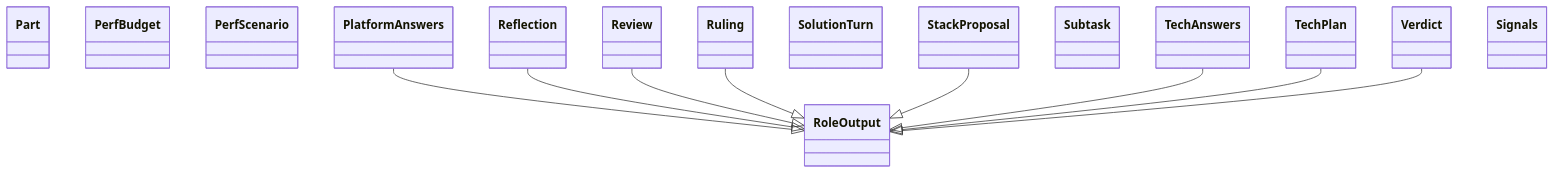
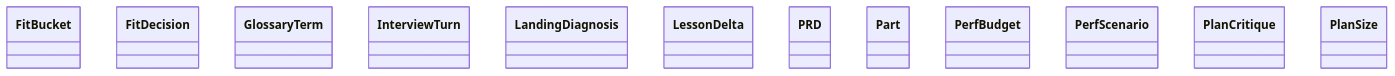
The diagram in docs/architecture/generated/classes-process-domain-roles-3.md (GonzaloZevallos/agentic-system), drawn with Mermaid before and after one commit. The commit also changed other lines of this file and 19 other files, not shown here.

First line of the commit message:
Cluster domain.plan_route and regenerate the architecture diagrams

````diff
--- a/docs/architecture/generated/classes-process-domain-roles-3.md
+++ b/docs/architecture/generated/classes-process-domain-roles-3.md
@@ -21,26 +22,15 @@
 ```mermaid
 classDiagram
+    class schemas__FitBucket["FitBucket"]
+    class schemas__FitDecision["FitDecision"]
+    class schemas__GlossaryTerm["GlossaryTerm"]
+    class schemas__InterviewTurn["InterviewTurn"]
+    class schemas__LandingDiagnosis["LandingDiagnosis"]
+    class schemas__LessonDelta["LessonDelta"]
+    class schemas__PRD["PRD"]
     class schemas__Part["Part"]
     class schemas__PerfBudget["PerfBudget"]
     class schemas__PerfScenario["PerfScenario"]
-    class schemas__PlatformAnswers["PlatformAnswers"]
-    class schemas__Reflection["Reflection"]
-    class schemas__Review["Review"]
-    class schemas__RoleOutput["RoleOutput"]
-    class schemas__Ruling["Ruling"]
-    class schemas__SolutionTurn["SolutionTurn"]
-    class schemas__StackProposal["StackProposal"]
-    class schemas__Subtask["Subtask"]
-    class schemas__TechAnswers["TechAnswers"]
-    class schemas__TechPlan["TechPlan"]
-    class schemas__Verdict["Verdict"]
-    class stack_signals__Signals["Signals"]
-    schemas__PlatformAnswers --|> schemas__RoleOutput
-    schemas__Reflection --|> schemas__RoleOutput
-    schemas__Review --|> schemas__RoleOutput
-    schemas__Ruling --|> schemas__RoleOutput
-    schemas__StackProposal --|> schemas__RoleOutput
-    schemas__TechAnswers --|> schemas__RoleOutput
-    schemas__TechPlan --|> schemas__RoleOutput
-    schemas__Verdict --|> schemas__RoleOutput
+    class schemas__PlanCritique["PlanCritique"]
+    class schemas__PlanSize["PlanSize"]
 ```
````
